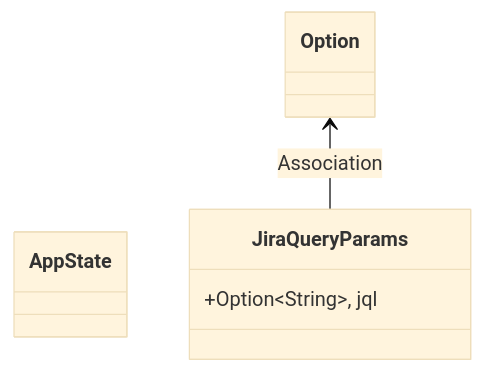
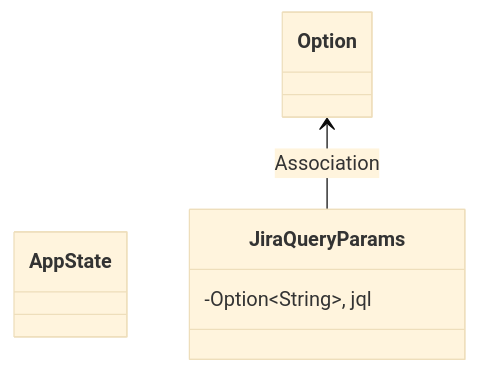
One commit to lgcorzo/fastapi-autogen-team changed the first of 2 diagrams in openwiki/src/bin/mock_services.md. Above: the diagram before and after it, drawn with Mermaid (base theme). The commit also changed other lines of this file and 22 other files, not shown here.

````diff
--- a/openwiki/src/bin/mock_services.md
+++ b/openwiki/src/bin/mock_services.md
@@ -26,10 +20,10 @@
 ```mermaid
 classDiagram
     direction BT
     class AppState {
     }
     class JiraQueryParams {
-        +Option~String~, jql
+        -Option~String~, jql
     }
     JiraQueryParams --> Option : Association
 ```
````
